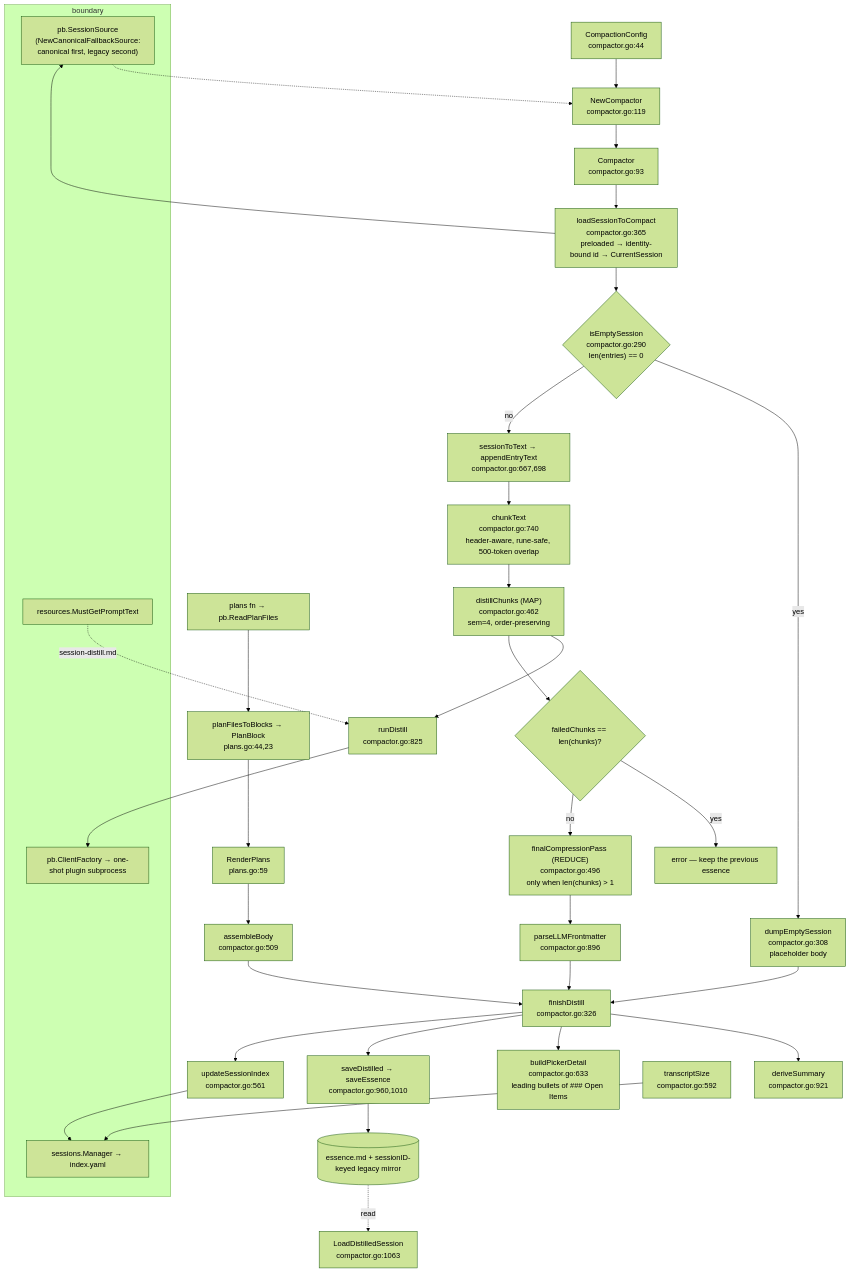
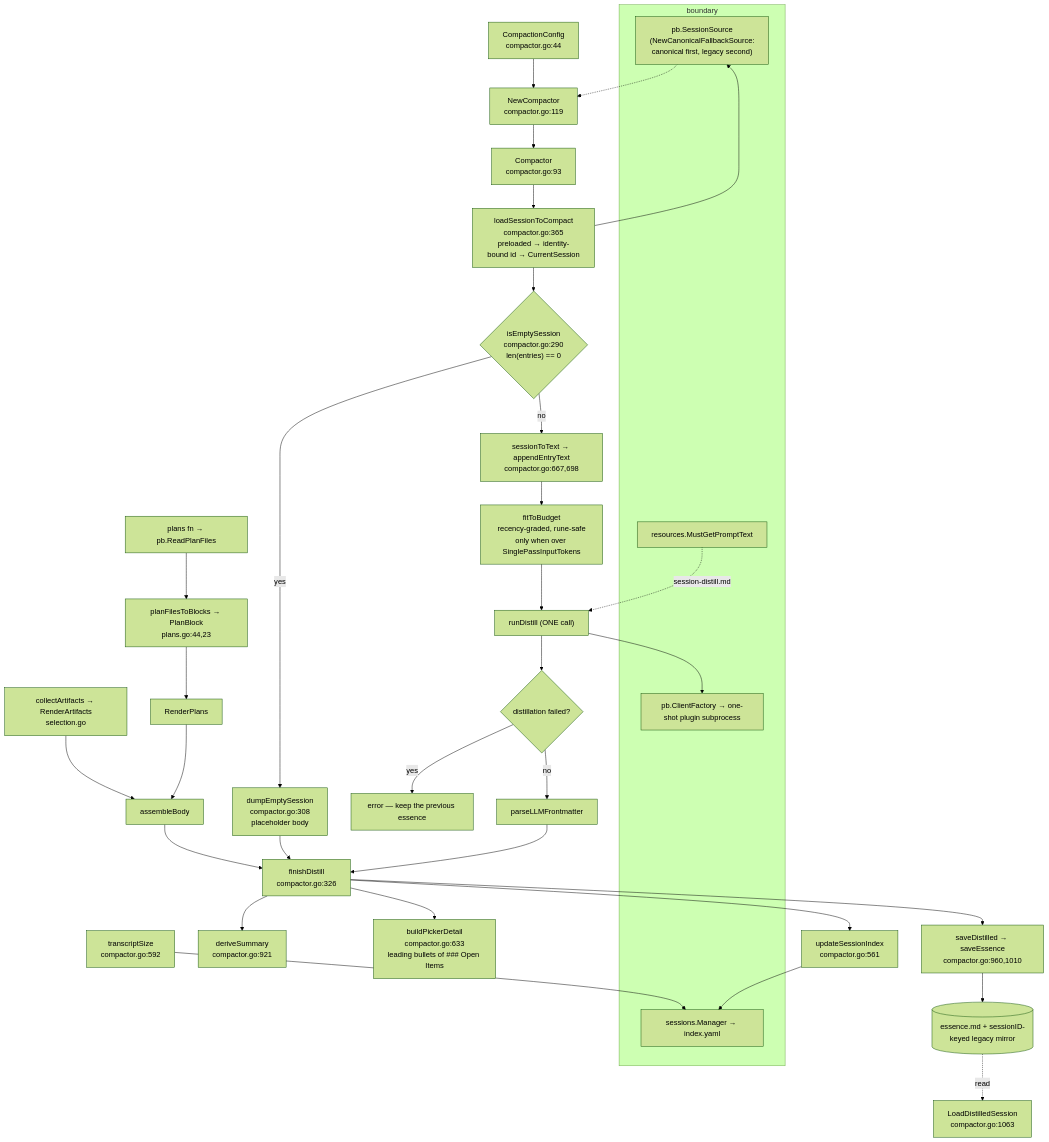
Before and after one commit to ctxloom/ctxloom: the diagram in docs/architecture/companions/memory.md, drawn with Mermaid (forest theme). The commit also changed other lines of this file and 18 other files, not shown here.

Commit message:
wip(distill): purge chunk/reduce vocabulary from comments and docs

````diff
--- a/docs/architecture/companions/memory.md
+++ b/docs/architecture/companions/memory.md
@@ -25,44 +29,43 @@
 ```mermaid
 flowchart TD
   subgraph ext["boundary"]
     SRC["pb.SessionSource<br/>(NewCanonicalFallbackSource:<br/>canonical first, legacy second)"]
     LLM["pb.ClientFactory → one-shot plugin subprocess"]
     IDX["sessions.Manager → index.yaml"]
     RES["resources.MustGetPromptText"]
   end
 
   CFG["CompactionConfig<br/>compactor.go:44"] --> NC["NewCompactor<br/>compactor.go:119"]
   SRC -.-> NC
   NC --> C["Compactor<br/>compactor.go:93"]
 
   C --> LS["loadSessionToCompact<br/>compactor.go:365<br/>preloaded → identity-bound id → CurrentSession"]
   LS --> SRC
   LS --> ES{"isEmptySession<br/>compactor.go:290<br/>len(entries) == 0"}
 
   ES -->|yes| DUMP["dumpEmptySession<br/>compactor.go:308<br/>placeholder body"]
   ES -->|no| S2T["sessionToText → appendEntryText<br/>compactor.go:667,698"]
-  S2T --> CT["chunkText<br/>compactor.go:740<br/>header-aware, rune-safe, 500-token overlap"]
-  CT --> DC["distillChunks (MAP)<br/>compactor.go:462<br/>sem=4, order-preserving"]
-  DC --> RD["runDistill<br/>compactor.go:825"]
+  S2T --> FB["fitToBudget<br/>recency-graded, rune-safe<br/>only when over SinglePassInputTokens"]
+  FB --> RD["runDistill (ONE call)"]
   RD --> LLM
   RES -.->|"session-distill.md"| RD
-  DC --> ABORT{"failedChunks == len(chunks)?"}
+  RD --> ABORT{"distillation failed?"}
   ABORT -->|yes| ERR["error — keep the previous essence"]
-  ABORT -->|no| RED["finalCompressionPass (REDUCE)<br/>compactor.go:496<br/>only when len(chunks) > 1"]
-  RED --> PFM["parseLLMFrontmatter<br/>compactor.go:896"]
+  ABORT -->|no| PFM["parseLLMFrontmatter"]
 
   PLANS["plans fn → pb.ReadPlanFiles"] --> PB["planFilesToBlocks → PlanBlock<br/>plans.go:44,23"]
-  PB --> RP["RenderPlans<br/>plans.go:59"] --> AB["assembleBody<br/>compactor.go:509"]
+  PB --> RP["RenderPlans"] --> AB["assembleBody"]
+  ART["collectArtifacts → RenderArtifacts<br/>selection.go"] --> AB
 
   PFM --> FIN["finishDistill<br/>compactor.go:326"]
   DUMP --> FIN
   AB --> FIN
   FIN --> DS["deriveSummary<br/>compactor.go:921"]
   FIN --> BPD["buildPickerDetail<br/>compactor.go:633<br/>leading bullets of ### Open Items"]
   FIN --> SD["saveDistilled → saveEssence<br/>compactor.go:960,1010"]
   FIN --> USI["updateSessionIndex<br/>compactor.go:561"] --> IDX
   TS["transcriptSize<br/>compactor.go:592"] --> IDX
 
   SD --> OUT[("essence.md + sessionID-keyed legacy mirror")]
   OUT -.read.-> LOAD["LoadDistilledSession<br/>compactor.go:1063"]
 ```
````
